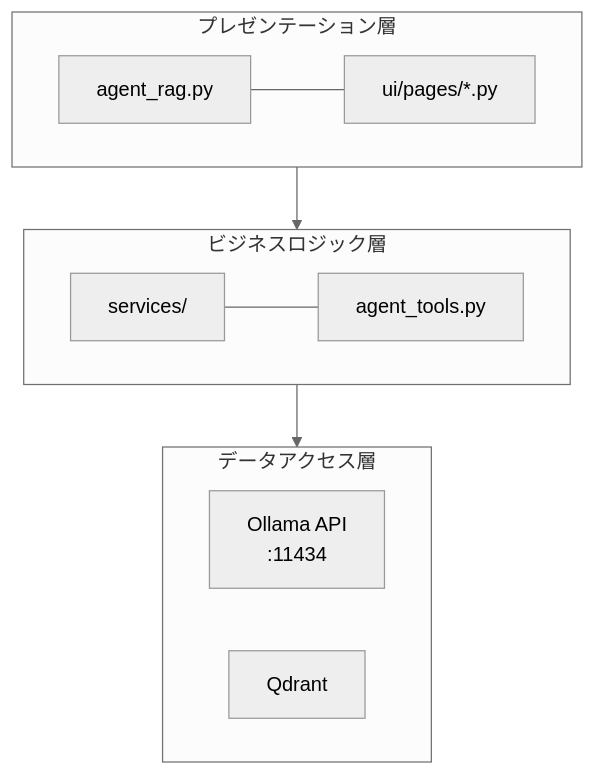
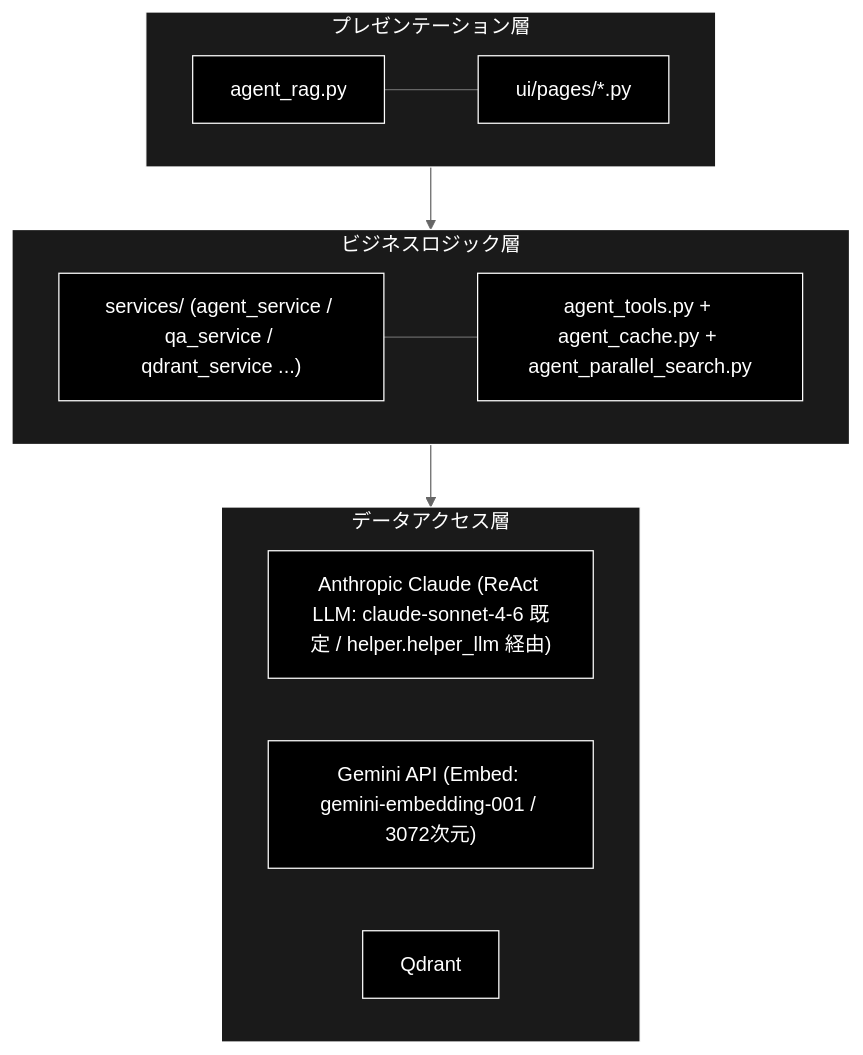
The first of 10 diagrams in readme_react_reflection.md (nakashima2toshio/ollama_grace_agent_v2), drawn with Mermaid (neutral theme) before and after one commit. The commit also changed other lines of this file and 7 other files, not shown here.

````diff
--- a/readme_react_reflection.md
+++ b/readme_react_reflection.md
@@ -142,22 +146,29 @@
 ```mermaid
 graph TD
-    subgraph Presentation [プレゼンテーション層]
+    subgraph Presentation ["プレゼンテーション層"]
         Entry["agent_rag.py"]
         Pages["ui/pages/*.py"]
         Entry --- Pages
     end
 
-    subgraph BusinessLogic [ビジネスロジック層]
-        Services["services/"]
-        Tools["agent_tools.py"]
+    subgraph BusinessLogic ["ビジネスロジック層"]
+        Services["services/ (agent_service / qa_service / qdrant_service ...)"]
+        Tools["agent_tools.py + agent_cache.py + agent_parallel_search.py"]
         Services --- Tools
     end
 
-    subgraph DataAccess [データアクセス層]
-        API["Ollama API\n:11434"]
+    subgraph DataAccess ["データアクセス層"]
+        LLM["Anthropic Claude (ReAct LLM: claude-sonnet-4-6 既定 / helper.helper_llm 経由)"]
+        EmbedAPI["Gemini API (Embed: gemini-embedding-001 / 3072次元)"]
         DB["Qdrant"]
     end
 
     Presentation --> BusinessLogic
     BusinessLogic --> DataAccess
+classDef default fill:#000,stroke:#fff,color:#fff
+classDef subgraphStyle fill:#1a1a1a,stroke:#fff,color:#fff
+class Entry,Pages,Services,Tools,LLM,EmbedAPI,DB default
+style Presentation fill:#1a1a1a,stroke:#fff,color:#fff
+style BusinessLogic fill:#1a1a1a,stroke:#fff,color:#fff
+style DataAccess fill:#1a1a1a,stroke:#fff,color:#fff
 ```
````
